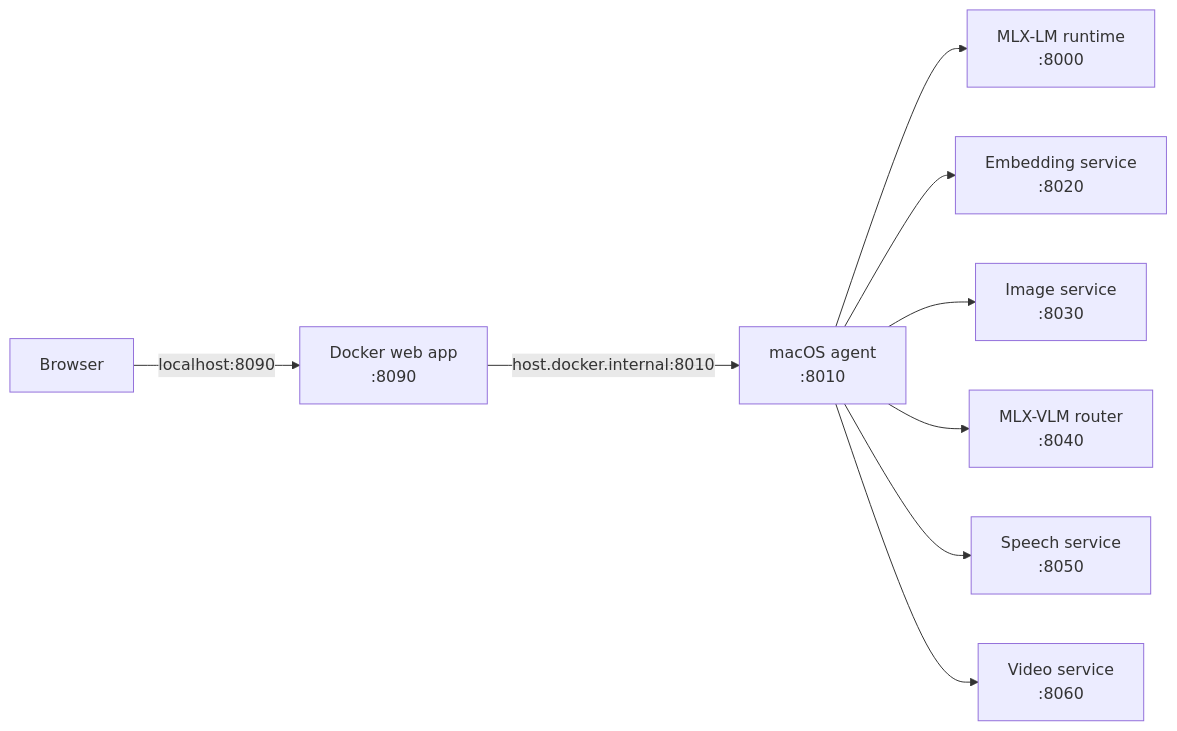
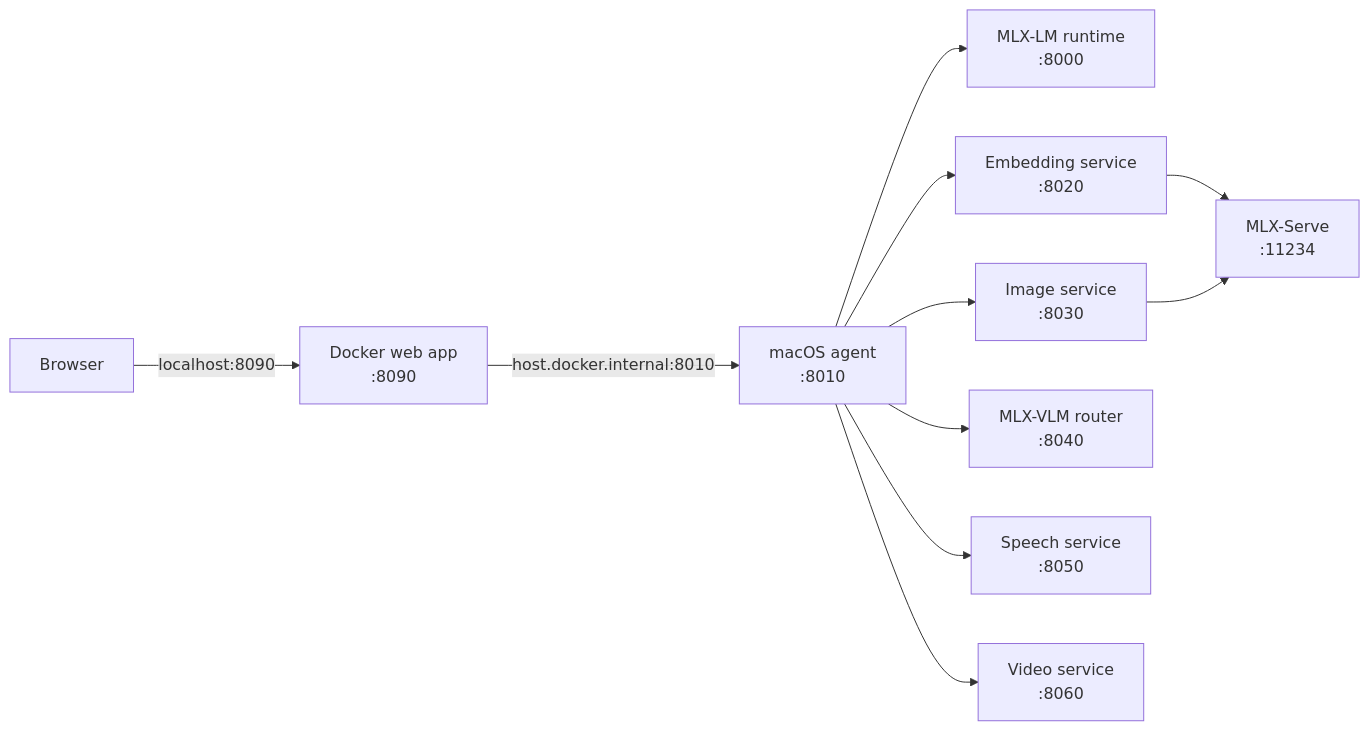
One commit to nfekete82/mlx-nobby changed the diagram in README.md. Above: the diagram before and after it, drawn with Mermaid. The commit also changed other lines of this file, not shown here.

Commit message:
docs: include mlx-serve in architecture map

````diff
--- a/README.md
+++ b/README.md
@@ -63,11 +63,13 @@
 ```mermaid
 flowchart LR
     Browser[Browser] -->|localhost:8090| Web[Docker web app<br/>:8090]
     Web -->|host.docker.internal:8010| Agent[macOS agent<br/>:8010]
     Agent --> Runtime[MLX-LM runtime<br/>:8000]
     Agent --> Embeddings[Embedding service<br/>:8020]
+    Embeddings --> MLXServe[MLX-Serve<br/>:11234]
     Agent --> Images[Image service<br/>:8030]
+    Images --> MLXServe
     Agent --> Router[MLX-VLM router<br/>:8040]
     Agent --> Speech[Speech service<br/>:8050]
     Agent --> Video[Video service<br/>:8060]
 ```
````
